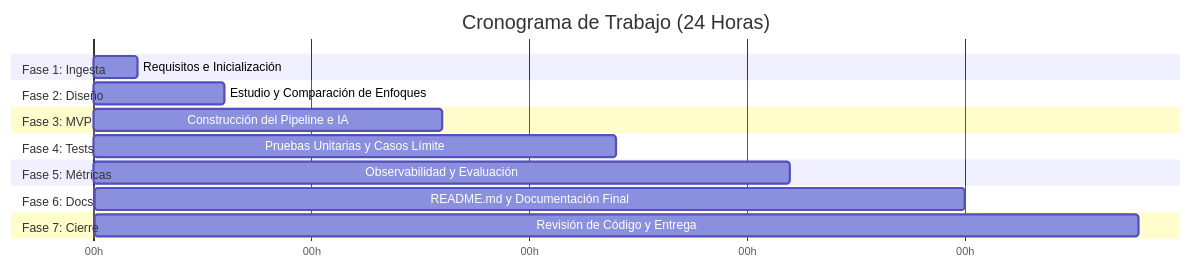
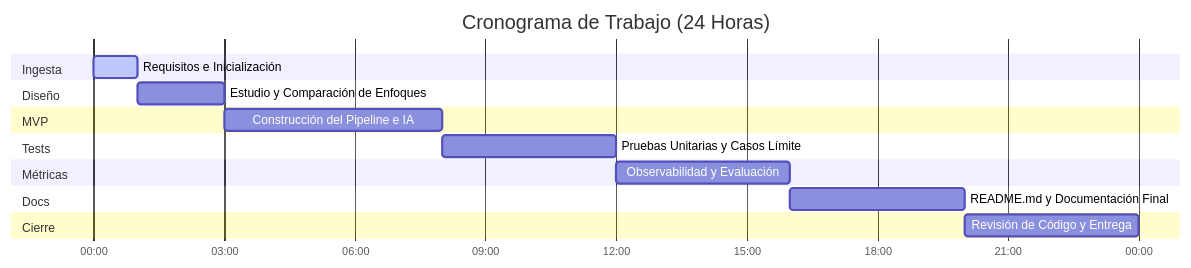
One commit to ececs/Tech changed the diagram in PLANIFICACION.md. Above: the diagram before and after it, drawn with Mermaid.

Commit message:
Fix Mermaid gantt chart syntax in PLANIFICACION.md

````diff
--- a/PLANIFICACION.md
+++ b/PLANIFICACION.md
@@ -11,20 +11,20 @@
 ```mermaid
 gantt
     title Cronograma de Trabajo (24 Horas)
-    dateFormat  X
-    axisFormat %Hh
-    section Fase 1: Ingesta
-    Requisitos e Inicialización : 0, 1
-    section Fase 2: Diseño
-    Estudio y Comparación de Enfoques : 1, 3
-    section Fase 3: MVP
-    Construcción del Pipeline e IA : 3, 8
-    section Fase 4: Tests
-    Pruebas Unitarias y Casos Límite : 8, 12
-    section Fase 5: Métricas
-    Observabilidad y Evaluación : 12, 16
-    section Fase 6: Docs
-    README.md y Documentación Final : 16, 20
-    section Fase 7: Cierre
-    Revisión de Código y Entrega : 20, 24
+    dateFormat YYYY-MM-DD HH:mm
+    axisFormat %H:00
+    section Ingesta
+    Requisitos e Inicialización : active, 2026-05-24 00:00, 1h
+    section Diseño
+    Estudio y Comparación de Enfoques : 2026-05-24 01:00, 2h
+    section MVP
+    Construcción del Pipeline e IA : 2026-05-24 03:00, 5h
+    section Tests
+    Pruebas Unitarias y Casos Límite : 2026-05-24 08:00, 4h
+    section Métricas
+    Observabilidad y Evaluación : 2026-05-24 12:00, 4h
+    section Docs
+    README.md y Documentación Final : 2026-05-24 16:00, 4h
+    section Cierre
+    Revisión de Código y Entrega : 2026-05-24 20:00, 4h
 ```
````
